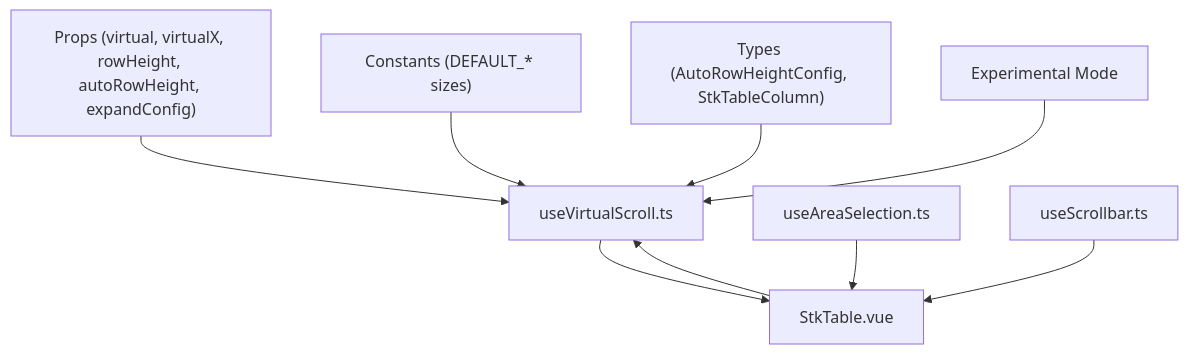
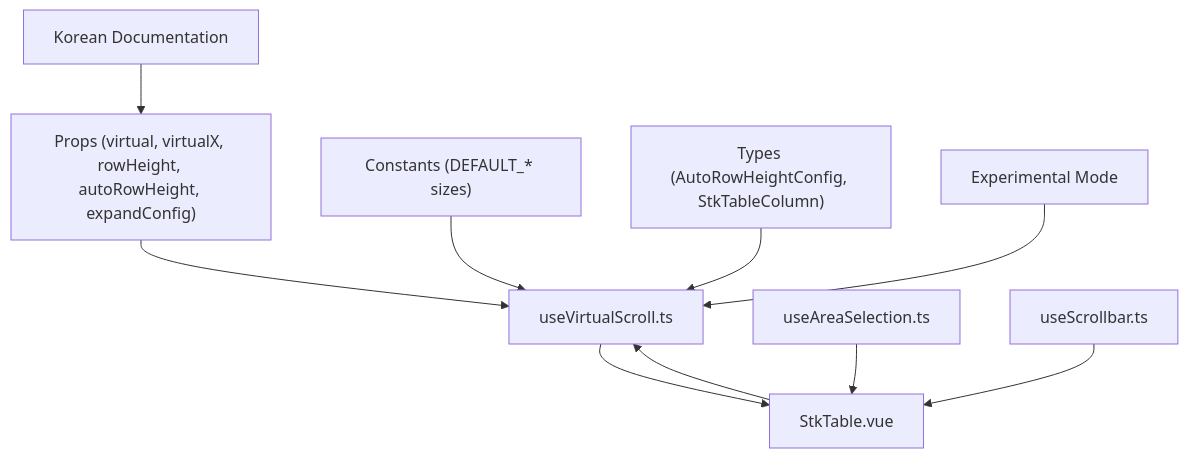
The eighth of 8 diagrams in .qoder/repowiki/en/content/Advanced Features/Virtual Scrolling/Virtual Scrolling.md (ja-plus/stk-table-vue), drawn with Mermaid before and after one commit. The commit also changed other lines of this file and 9 other files, not shown here.

````diff
--- a/.qoder/repowiki/en/content/Advanced Features/Virtual Scrolling/Virtual Scrolling.md
+++ b/.qoder/repowiki/en/content/Advanced Features/Virtual Scrolling/Virtual Scrolling.md
@@ -370,19 +433,21 @@
 ```mermaid
 graph TB
 Props["Props (virtual, virtualX, rowHeight, autoRowHeight, expandConfig)"]
 Consts["Constants (DEFAULT_* sizes)"]
 Types["Types (AutoRowHeightConfig, StkTableColumn)"]
 Hook["useVirtualScroll.ts"]
 Comp["StkTable.vue"]
 Experimental["Experimental Mode"]
 AreaSel["useAreaSelection.ts"]
 ScrollBar["useScrollbar.ts"]
+DocsKo["Korean Documentation"]
 Props --> Hook
 Consts --> Hook
 Types --> Hook
 Hook --> Comp
 Comp --> Hook
 Experimental --> Hook
 AreaSel --> Comp
 ScrollBar --> Comp
+DocsKo --> Props
 ```
````
